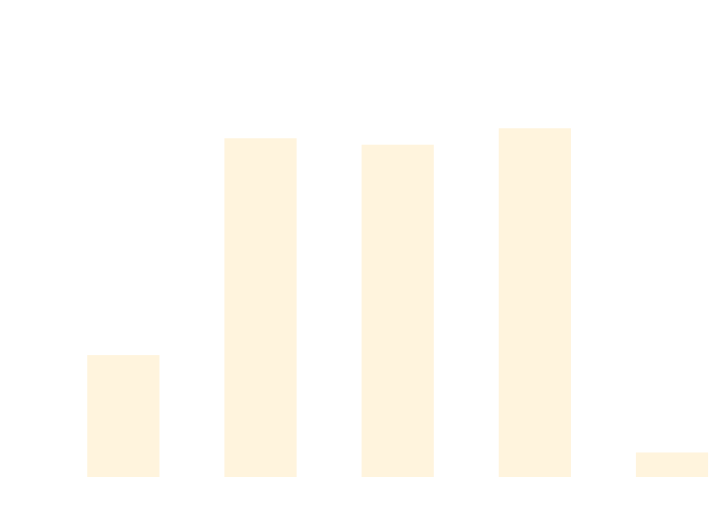
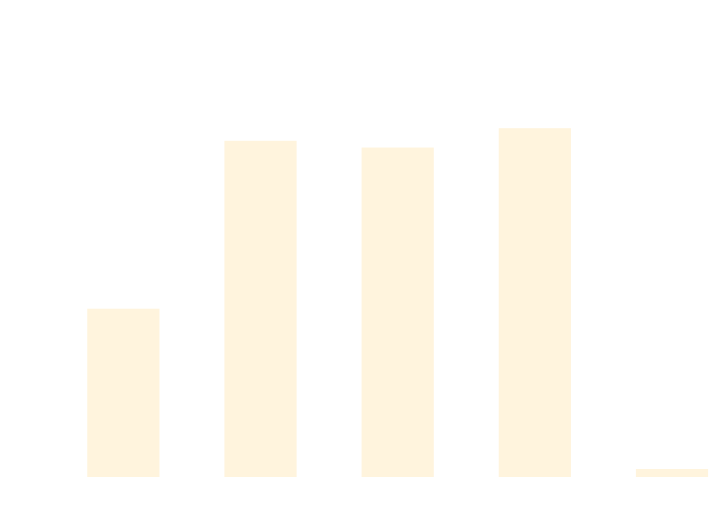
Before and after one commit to thomhurst/TUnit: the diagram in docs/docs/benchmarks/results.md, drawn with Mermaid. The commit also changed other lines of this file and 6 other files, not shown here.

````diff
--- a/docs/docs/benchmarks/results.md
+++ b/docs/docs/benchmarks/results.md
@@ -27,22 +27,37 @@
 ```mermaid
 %%{init: {
   'theme':'base',
   'themeVariables': {
-    'primaryColor': '#10b981',
-    'primaryTextColor': '#fff',
-    'primaryBorderColor': '#059669',
-    'lineColor': '#d1d5db',
-    'secondaryColor': '#3b82f6',
-    'tertiaryColor': '#f59e0b',
+    'primaryColor': '#2563eb',
+    'primaryTextColor': '#ffffff',
+    'primaryBorderColor': '#1e40af',
+    'lineColor': '#6b7280',
+    'secondaryColor': '#7c3aed',
+    'tertiaryColor': '#dc2626',
     'background': '#ffffff',
-    'mainBkg': '#10b981',
-    'secondBkg': '#ef4444',
-    'tertiaryBkg': '#f59e0b'
+    'mainBkg': '#2563eb',
+    'secondBkg': '#7c3aed',
+    'tertiaryBkg': '#dc2626',
+    'clusterBkg': '#f3f4f6',
+    'edgeLabelBackground': '#ffffff',
+    'tertiaryTextColor': '#1f2937',
+    'pie1': '#2563eb',
+    'pie2': '#7c3aed',
+    'pie3': '#dc2626',
+    'pie4': '#f59e0b',
+    'pie5': '#10b981',
+    'pie6': '#06b6d4',
+    'pie7': '#ec4899',
+    'pie8': '#6366f1',
+    'pie9': '#84cc16',
+    'pie10': '#f97316',
+    'pie11': '#14b8a6',
+    'pie12': '#a855f7'
   }
 }}%%
 xychart-beta
   title "results Performance Comparison"
   x-axis ["TUnit", "NUnit", "MSTest", "xUnit3", "TUnit_AOT"]
-  y-axis "Time (ms)" 0 --> 1925
-  bar [536.11, 1556.59, 1526.36, 1603.59, 77.73]
+  y-axis "Time (ms)" 0 --> 1441
+  bar [564.8, 1156.4, 1132.6, 1200.7, 0]
 ```
````
